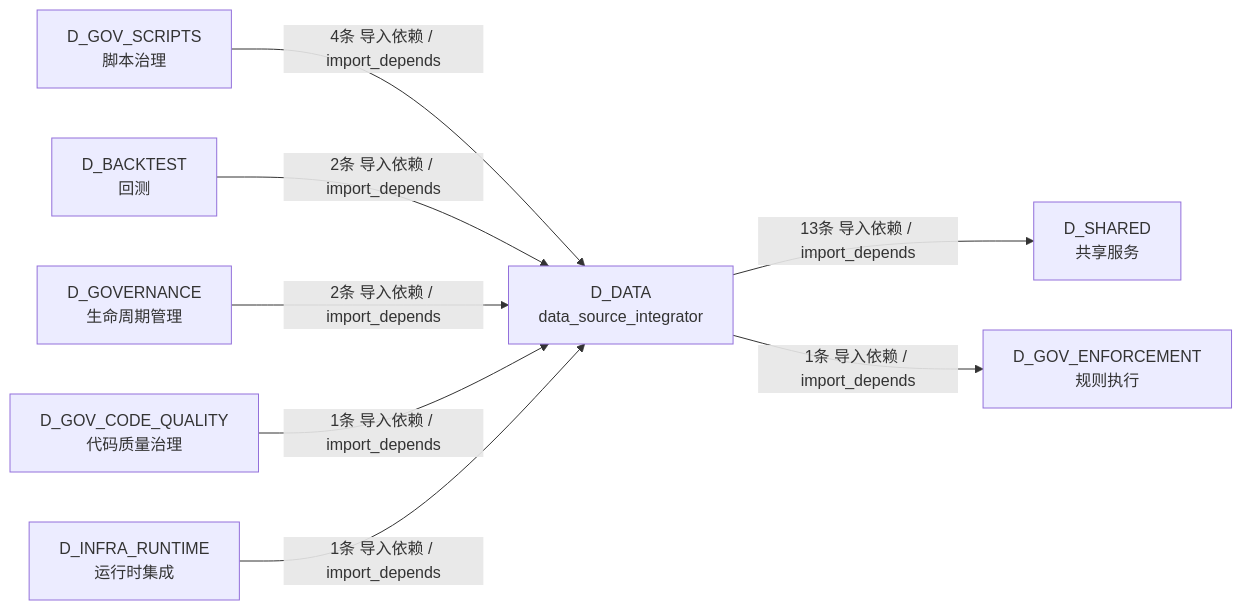
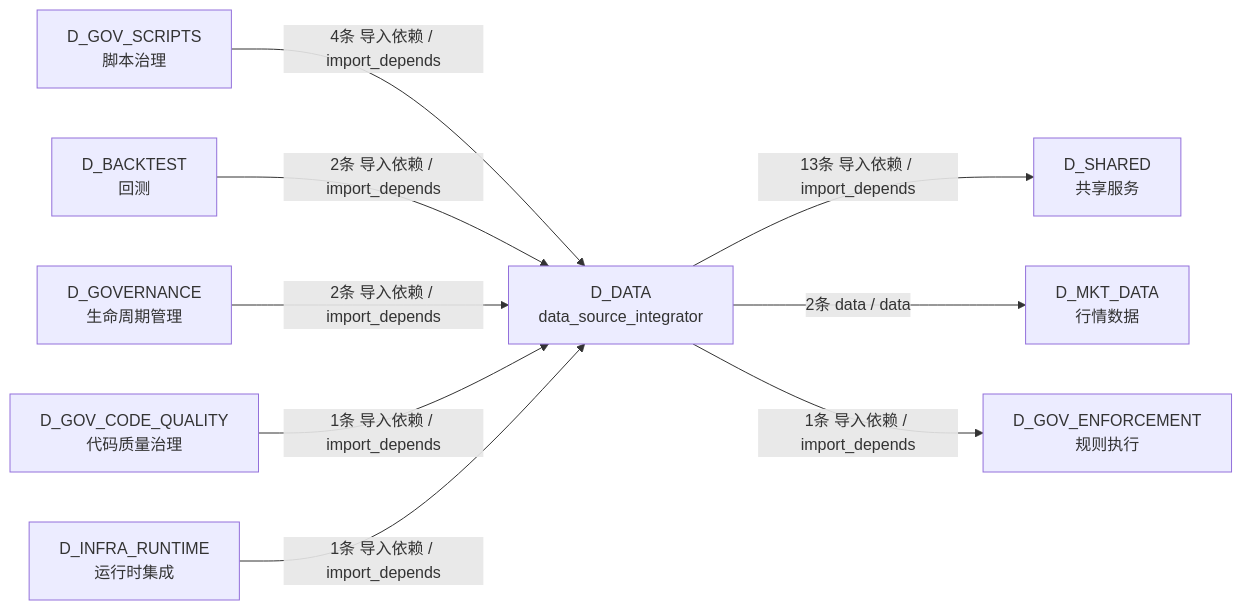
The fifth of 5 diagrams in docs/02_enterprise_architecture/02_domain_architecture_docs/61_d_data.md (xuanFelixVan/ZephyrAlpha), drawn with Mermaid before and after one commit. The commit also changed other lines of this file and 82 other files, not shown here.

````diff
--- a/docs/02_enterprise_architecture/02_domain_architecture_docs/61_d_data.md
+++ b/docs/02_enterprise_architecture/02_domain_architecture_docs/61_d_data.md
@@ -486,18 +490,20 @@
 ```mermaid
 graph LR
     D_DATA["D_DATA<br/>data_source_integrator"]
     D_SHARED["D_SHARED<br/>共享服务"]
+    D_MKT_DATA["D_MKT_DATA<br/>行情数据"]
     D_GOV_ENFORCEMENT["D_GOV_ENFORCEMENT<br/>规则执行"]
     D_GOV_SCRIPTS["D_GOV_SCRIPTS<br/>脚本治理"]
     D_BACKTEST["D_BACKTEST<br/>回测"]
     D_GOVERNANCE["D_GOVERNANCE<br/>生命周期管理"]
     D_GOV_CODE_QUALITY["D_GOV_CODE_QUALITY<br/>代码质量治理"]
     D_INFRA_RUNTIME["D_INFRA_RUNTIME<br/>运行时集成"]
     D_DATA -->|13条 导入依赖 / import_depends| D_SHARED
+    D_DATA -->|2条 data / data| D_MKT_DATA
     D_DATA -->|1条 导入依赖 / import_depends| D_GOV_ENFORCEMENT
     D_GOV_SCRIPTS -->|4条 导入依赖 / import_depends| D_DATA
     D_BACKTEST -->|2条 导入依赖 / import_depends| D_DATA
     D_GOVERNANCE -->|2条 导入依赖 / import_depends| D_DATA
     D_GOV_CODE_QUALITY -->|1条 导入依赖 / import_depends| D_DATA
     D_INFRA_RUNTIME -->|1条 导入依赖 / import_depends| D_DATA
 ```
````
